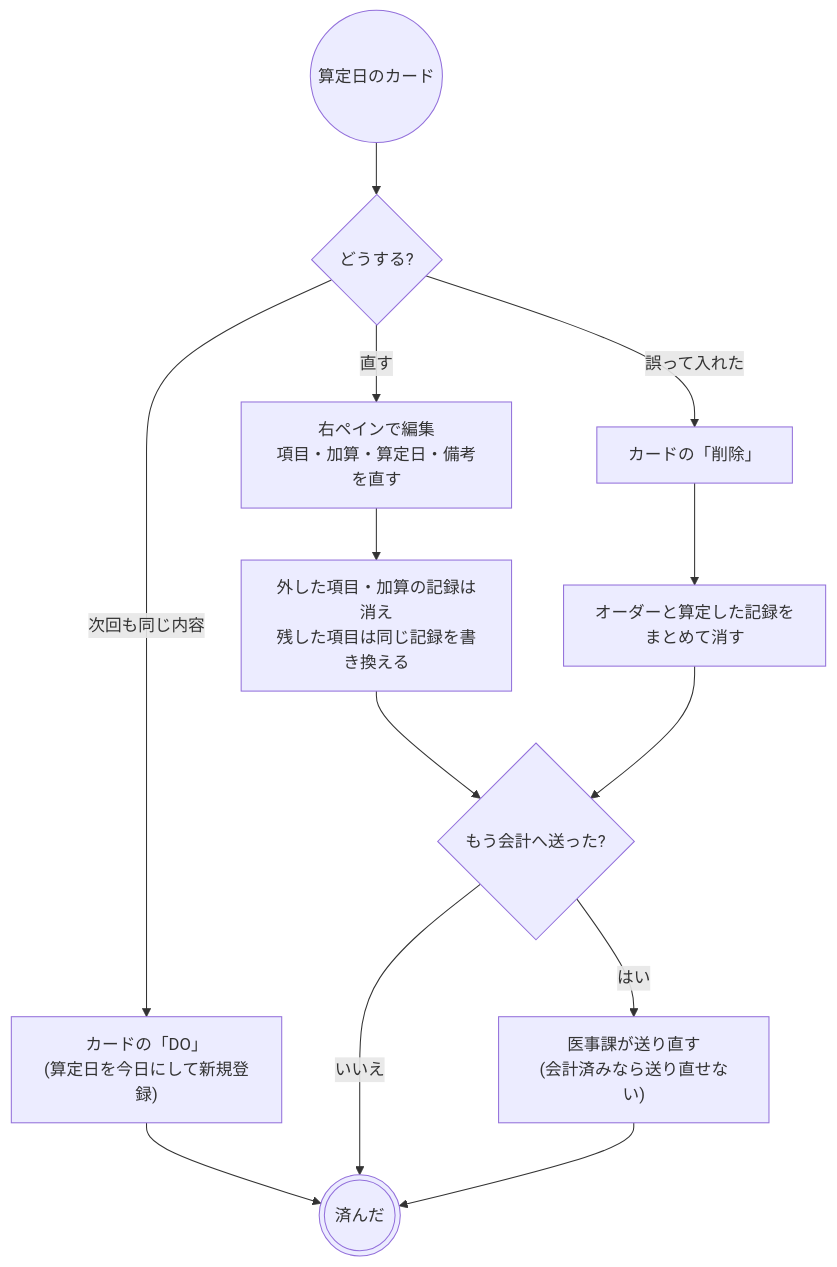
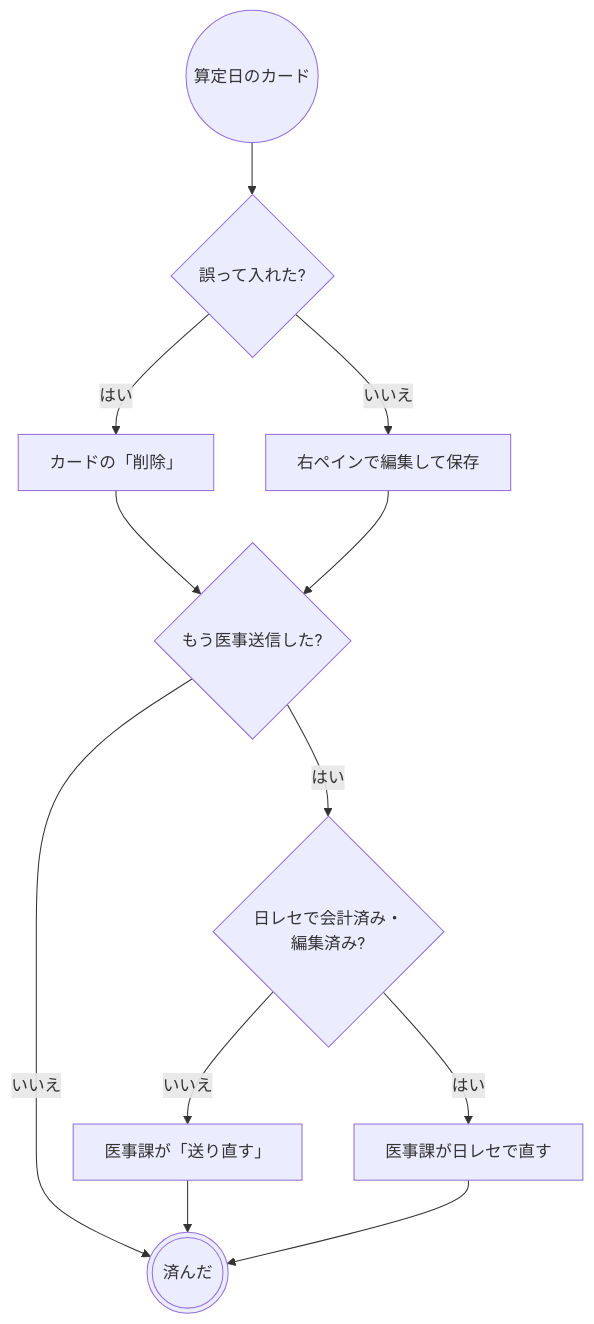
One commit to ysnr-dev/fhir-client-docs changed the third of 4 diagrams in docs/flows/medical-management.md. Above: the diagram before and after it, drawn with Mermaid. The commit also changed other lines of this file and 43 other files, not shown here.

Commit message:
docs: 業務フローとシーケンス図を写し直し

````diff
--- a/docs/flows/medical-management.md
+++ b/docs/flows/medical-management.md
@@ -139,20 +110,20 @@
 ```mermaid
 flowchart TD
   card(("算定日のカード"))
-  what{"どうする?"}
-  edit["右ペインで編集<br/>項目・加算・算定日・備考を直す"]
+  mistaken{"誤って入れた?"}
+  edit["右ペインで編集して保存"]
   remove["カードの「削除」"]
-  doOrder["カードの「DO」<br/>(算定日を今日にして新規登録)"]
-  edited["外した項目・加算の記録は消え<br/>残した項目は同じ記録を書き換える"]
-  removed["オーダーと算定した記録を<br/>まとめて消す"]
-  sent{"もう会計へ送った?"}
-  resend["医事課が送り直す<br/>(会計済みなら送り直せない)"]
+  sent{"もう医事送信した?"}
+  settled{"日レセで会計済み・<br/>編集済み?"}
+  resend["医事課が「送り直す」"]
+  orcaFix["医事課が日レセで直す"]
   done((("済んだ")))
 
-  card --> what
-  what -- "直す" --> edit --> edited --> sent
-  what -- "誤って入れた" --> remove --> removed --> sent
-  what -- "次回も同じ内容" --> doOrder --> done
+  card --> mistaken
+  mistaken -- "はい" --> remove --> sent
+  mistaken -- "いいえ" --> edit --> sent
   sent -- "いいえ" --> done
-  sent -- "はい" --> resend --> done
+  sent -- "はい" --> settled
+  settled -- "いいえ" --> resend --> done
+  settled -- "はい" --> orcaFix --> done
 ```
````
